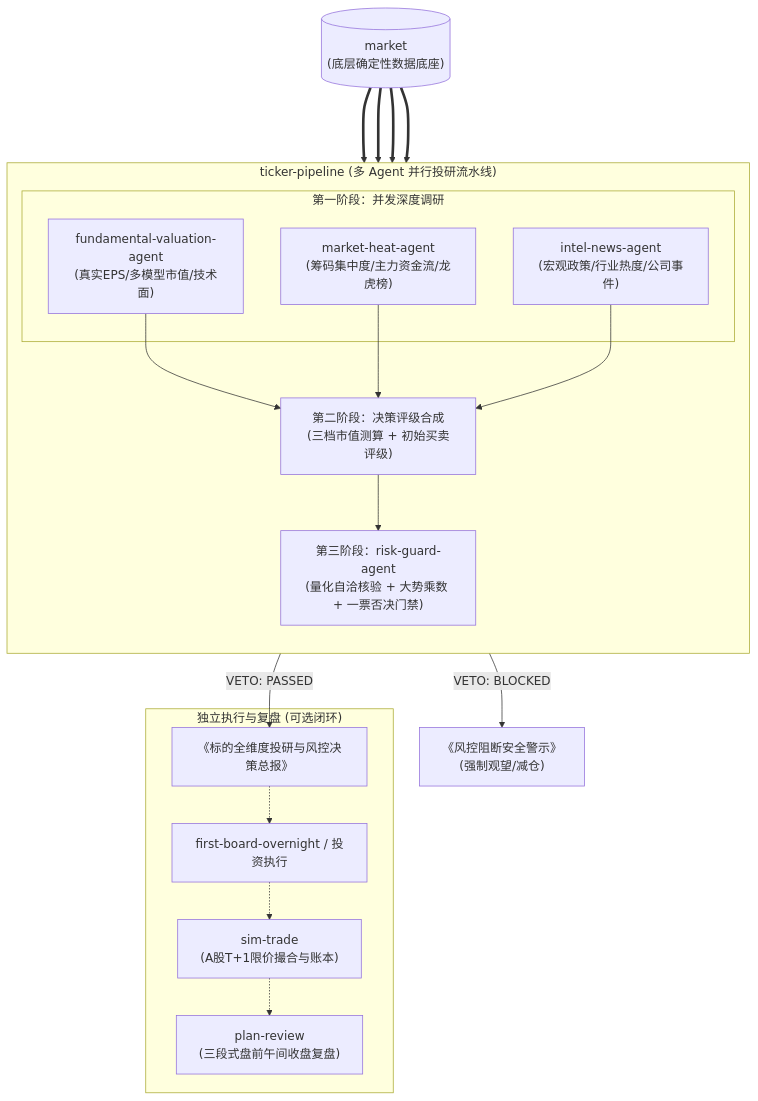
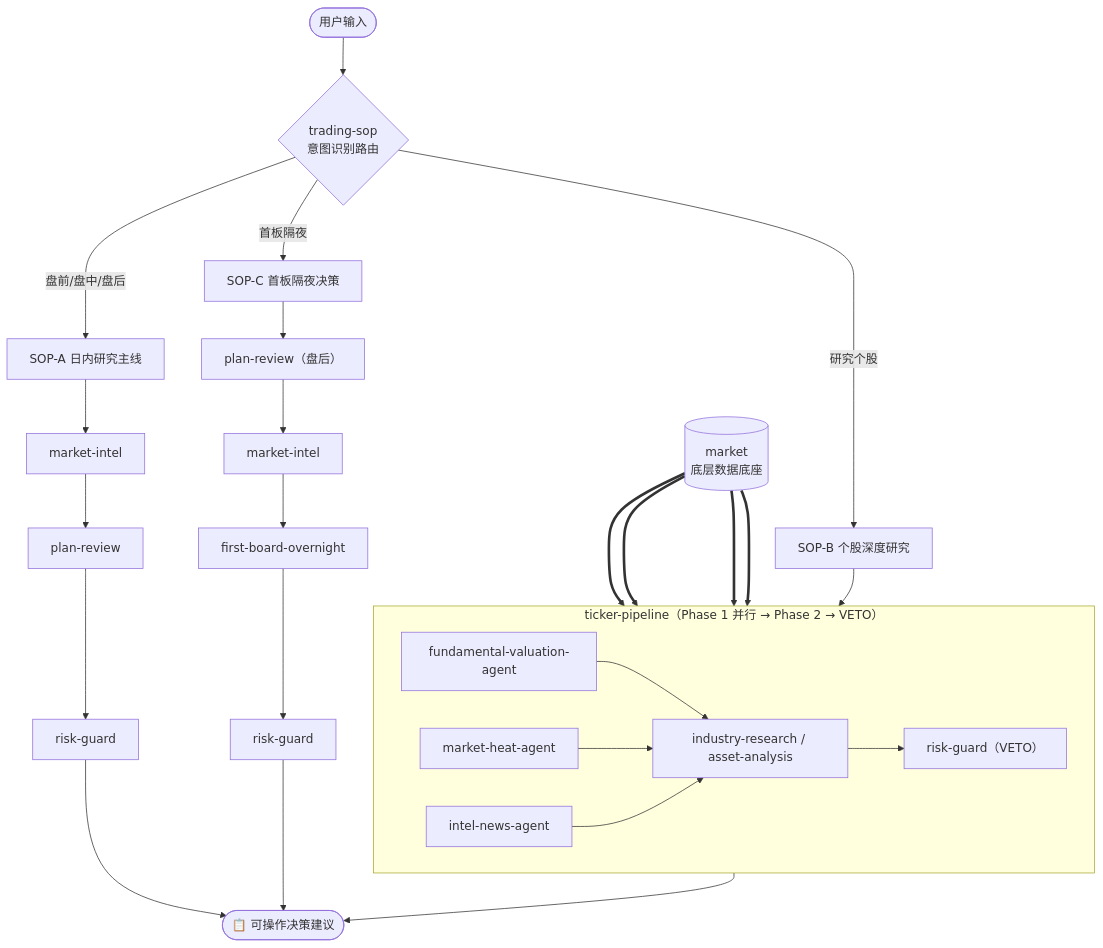
The diagram in README.md (Fize/mmtickerlab), drawn with Mermaid before and after one commit. The commit also changed other lines of this file and 4 other files, not shown here.

First line of the commit message:
feat(trading-sop): 新增 SOP 总编排技能

````diff
--- a/README.md
+++ b/README.md
@@ -29,24 +30,23 @@
 ```mermaid
 flowchart TD
-    subgraph 并行投研流水线 ["ticker-pipeline (多 Agent 并行投研流水线)"]
-        direction TB
-        subgraph Phase1 ["第一阶段：并发深度调研"]
-            P1A["fundamental-valuation-agent<br/>(真实EPS/多模型市值/技术面)"]
-            P1B["market-heat-agent<br/>(筹码集中度/主力资金流/龙虎榜)"]
-            P1C["intel-news-agent<br/>(宏观政策/行业热度/公司事件)"]
-        end
-        P1A & P1B & P1C --> Synth["第二阶段：决策评级合成<br/>(三档市值测算 + 初始买卖评级)"]
-        Synth --> Phase3["第三阶段：risk-guard-agent<br/>(量化自洽核验 + 大势乘数 + 一票否决门禁)"]
+    User(["用户输入"]) --> SOP{"trading-sop\n意图识别路由"}
+
+    SOP -->|"盘前/盘中/盘后"| SOP_A["SOP-A 日内研究主线"]
+    SOP -->|"研究个股"| SOP_B["SOP-B 个股深度研究"]
+    SOP -->|"首板隔夜"| SOP_C["SOP-C 首板隔夜决策"]
+
+    SOP_A --> MI["market-intel"] --> PR["plan-review"] --> RGA["risk-guard"]
+
+    subgraph pipeline ["ticker-pipeline（Phase 1 并行 → Phase 2 → VETO）"]
+        direction LR
+        P1A["fundamental-valuation-agent"] & P1B["market-heat-agent"] & P1C["intel-news-agent"]
+        P1A & P1B & P1C --> IR["industry-research / asset-analysis"] --> RGB["risk-guard（VETO）"]
     end
+    SOP_B --> pipeline
 
-    Phase3 -->|VETO: PASSED| Report["《标的全维度投研与风控决策总报》"]
-    Phase3 -->|VETO: BLOCKED| Blocked["《风控阻断安全警示》<br/>(强制观望/减仓)"]
+    SOP_C --> PR2["plan-review（盘后）"] --> MI2["market-intel"] --> FB["first-board-overnight"] --> RGC["risk-guard"]
 
-    subgraph 独立执行与复盘 ["独立执行与复盘 (可选闭环)"]
-        Report -.-> E["first-board-overnight / 投资执行"]
-        E -.-> F["sim-trade<br/>(A股T+1限价撮合与账本)"]
-        F -.-> G["plan-review<br/>(三段式盘前午间收盘复盘)"]
-    end
+    RGA & RGB & RGC --> OUT(["📋 可操作决策建议"])
 
-    market[("market<br/>(底层确定性数据底座)")] ===> P1A & P1B & P1C & Phase3
+    market[("market\n底层数据底座")] ===> P1A & P1B & P1C & RGB
 ```
````
